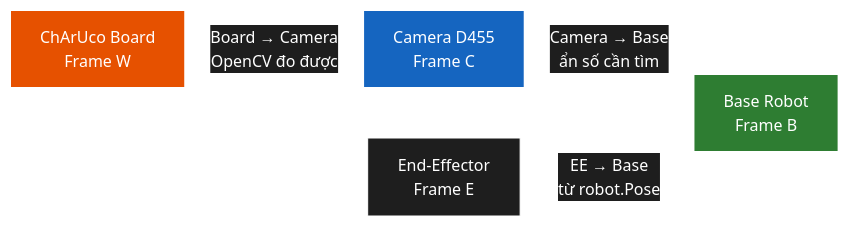
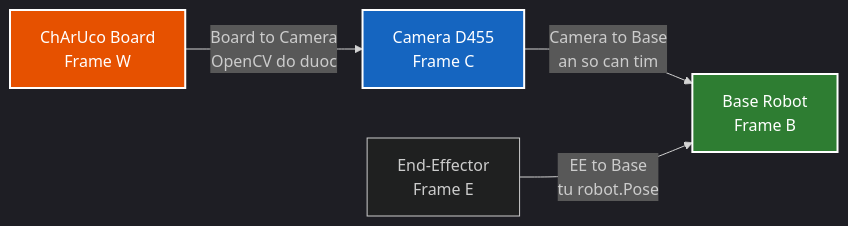
Before and after one commit to manhhv87/DTwinGP7: the sixth of 10 diagrams in docs/phat_bieu_bai_toan_v3_2_HD.md, drawn with Mermaid. The commit also changed other lines of this file and 37 other files, not shown here.

````diff
--- a/docs/phat_bieu_bai_toan_v3_2_HD.md
+++ b/docs/phat_bieu_bai_toan_v3_2_HD.md
@@ -450,11 +573,11 @@
 ```mermaid
-%%{init: {'theme':'base', 'themeVariables': {'fontSize':'16px','primaryColor':'#1565C0','primaryTextColor':'#fff','primaryBorderColor':'#fff','lineColor':'#fff','secondaryColor':'#2E7D32','tertiaryColor':'#C62828','background':'#1e1e1e','mainBkg':'#1e1e1e','secondBkg':'#252525','clusterBkg':'#2d2d2d','clusterBorder':'#fff','edgeLabelBackground':'#1e1e1e','textColor':'#fff'}}}%%
+%%{init: {'theme':'dark'}}%%
 graph LR
-    A[Camera D455<br/>Frame C] -->|Camera → Base<br/>ẩn số cần tìm| B[Base Robot<br/>Frame B]
-    D[ChArUco Board<br/>Frame W] -->|Board → Camera<br/>OpenCV đo được| A
-    C[End-Effector<br/>Frame E] -->|EE → Base<br/>từ robot.Pose| B
+    A[Camera D455<br/>Frame C] -->|Camera to Base<br/>an so can tim| B[Base Robot<br/>Frame B]
+    D[ChArUco Board<br/>Frame W] -->|Board to Camera<br/>OpenCV do duoc| A
+    C[End-Effector<br/>Frame E] -->|EE to Base<br/>tu robot.Pose| B
     
     style A fill:#1565C0,stroke:#fff,stroke-width:2px,color:#fff
     style B fill:#2E7D32,stroke:#fff,stroke-width:2px,color:#fff
     style D fill:#E65100,stroke:#fff,stroke-width:2px,color:#fff
 ```
````
